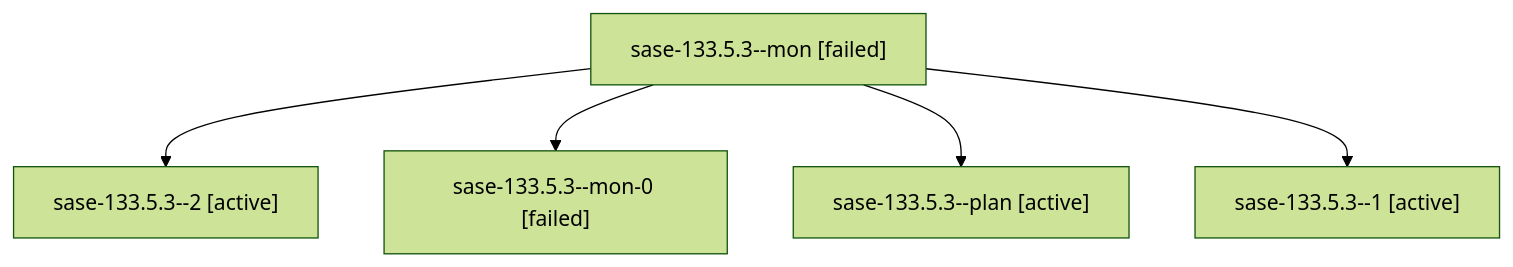
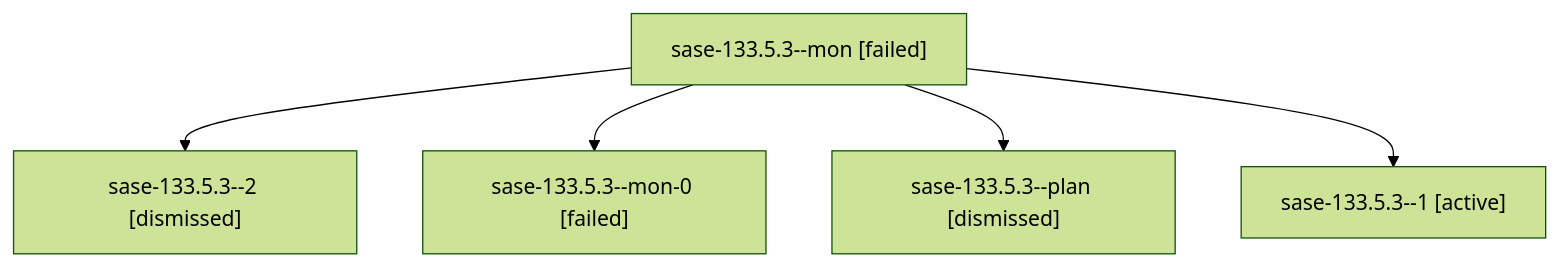
The diagram in sessions/bbugyi200.athena.sase-133.5.3.md (sase-org/sase--agents), drawn with Mermaid (forest theme) before and after one commit. The commit also changed other lines of this file and 219 other files, not shown here.

````diff
--- a/sessions/bbugyi200.athena.sase-133.5.3.md
+++ b/sessions/bbugyi200.athena.sase-133.5.3.md
@@ -9,12 +9,12 @@
 ```mermaid
 flowchart TD
   n0["sase-133.5.3--mon [failed]"]
-  n1["sase-133.5.3--2 [active]"]
+  n1["sase-133.5.3--2 [dismissed]"]
   n0 --> n1
   n2["sase-133.5.3--mon-0 [failed]"]
   n0 --> n2
-  n3["sase-133.5.3--plan [active]"]
+  n3["sase-133.5.3--plan [dismissed]"]
   n0 --> n3
   n4["sase-133.5.3--1 [active]"]
   n0 --> n4
 ```
````
